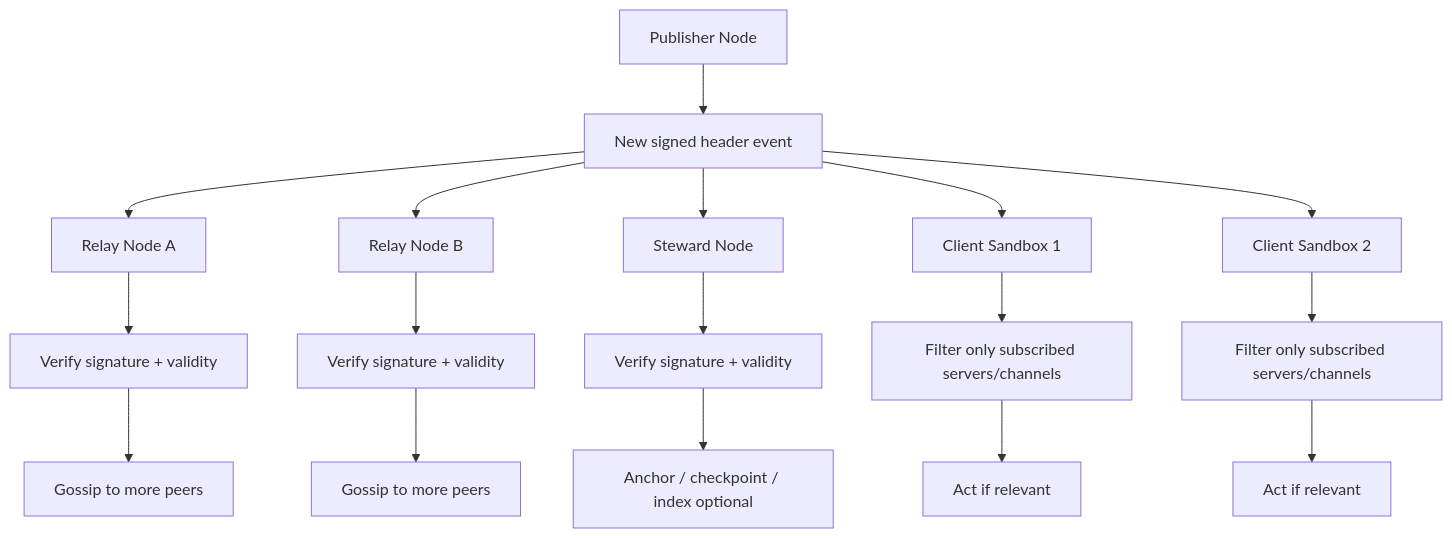
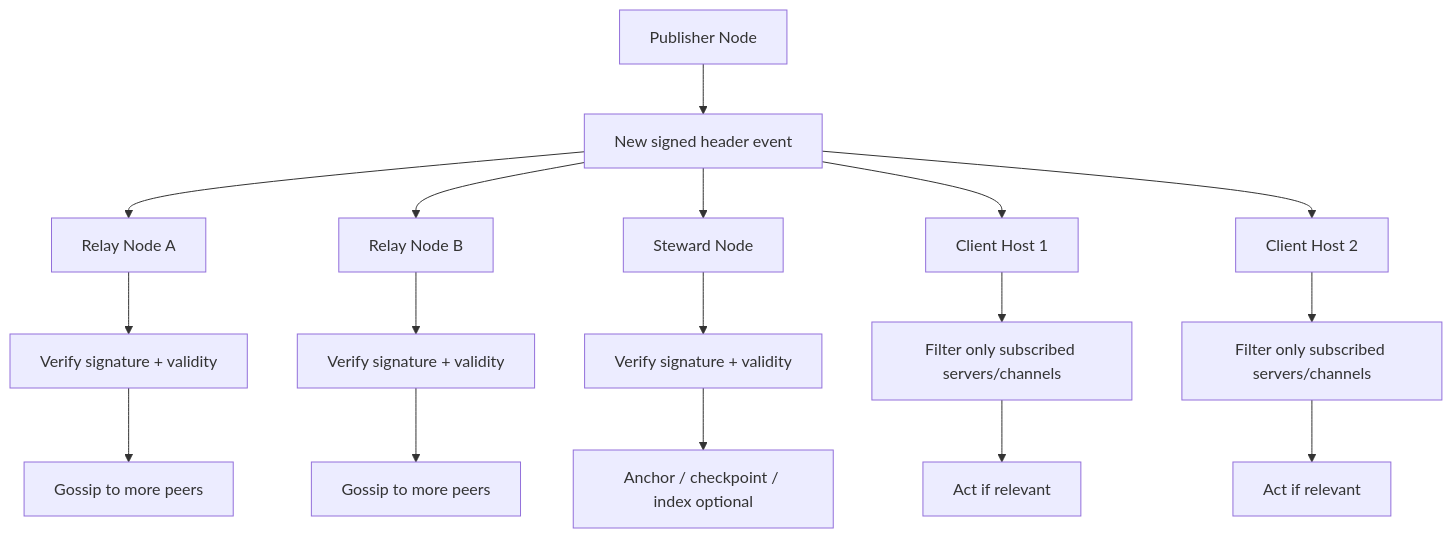
Before and after one commit to animata-systems/meta-design: the first of 2 diagrams in 2026-04-03-architecture-session/04-node-roles.md, drawn with Mermaid. The commit also changed other lines of this file and 23 other files, not shown here.

First line of the commit message:
Refactor "sandbox" terminology to "Corazon Host"

````diff
--- a/2026-04-03-architecture-session/04-node-roles.md
+++ b/2026-04-03-architecture-session/04-node-roles.md
@@ -39,23 +39,23 @@
 ```mermaid
 flowchart TD
     P["Publisher Node"] --> H["New signed header event"]
     H --> R1["Relay Node A"]
     H --> R2["Relay Node B"]
     H --> R3["Steward Node"]
-    H --> C1["Client Sandbox 1"]
-    H --> C2["Client Sandbox 2"]
+    H --> C1["Client Host 1"]
+    H --> C2["Client Host 2"]
 
     R1 --> V1["Verify signature + validity"]
     R2 --> V2["Verify signature + validity"]
     R3 --> V3["Verify signature + validity"]
 
     V1 --> G1["Gossip to more peers"]
     V2 --> G2["Gossip to more peers"]
     V3 --> G3["Anchor / checkpoint / index optional"]
 
     C1 --> F1["Filter only subscribed servers/channels"]
     C2 --> F2["Filter only subscribed servers/channels"]
 
     F1 --> A1["Act if relevant"]
     F2 --> A2["Act if relevant"]
 ```
````
